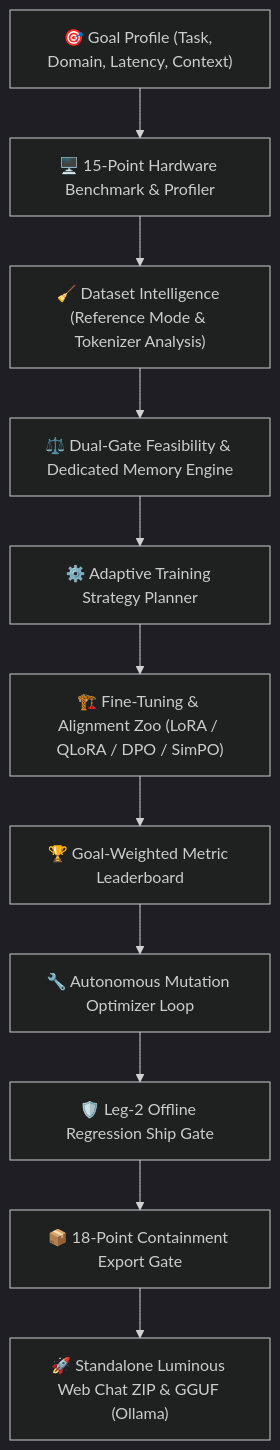
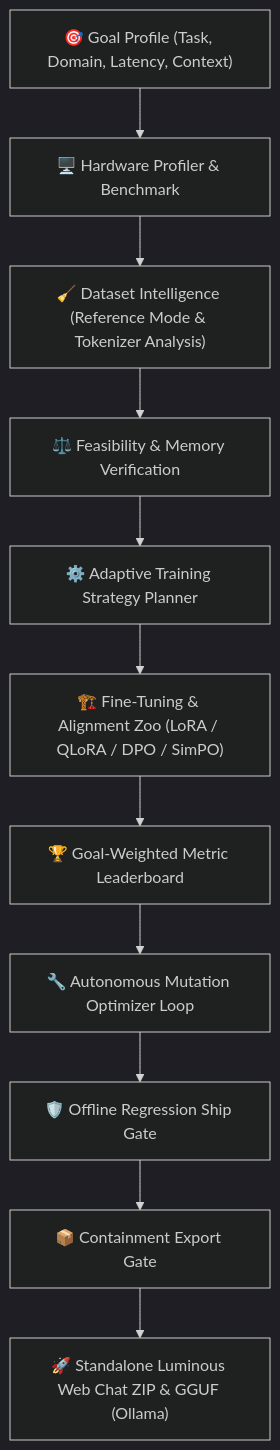
Before and after one commit to kiransai-62/myai-model-builder: the diagram in README.md, drawn with Mermaid (dark theme). The commit also changed other lines of this file and 4 other files, not shown here.

````diff
--- a/README.md
+++ b/README.md
@@ -91,13 +89,13 @@
 ```mermaid
 graph TD
-    A["🎯 Goal Profile (Task, Domain, Latency, Context)"] --> B["🖥️ 15-Point Hardware Benchmark & Profiler"]
+    A["🎯 Goal Profile (Task, Domain, Latency, Context)"] --> B["🖥️ Hardware Profiler & Benchmark"]
     B --> C["🧹 Dataset Intelligence (Reference Mode & Tokenizer Analysis)"]
-    C --> D["⚖️ Dual-Gate Feasibility & Dedicated Memory Engine"]
+    C --> D["⚖️ Feasibility & Memory Verification"]
     D --> E["⚙️ Adaptive Training Strategy Planner"]
     E --> F["🏗️ Fine-Tuning & Alignment Zoo (LoRA / QLoRA / DPO / SimPO)"]
     F --> G["🏆 Goal-Weighted Metric Leaderboard"]
     G --> H["🔧 Autonomous Mutation Optimizer Loop"]
-    H --> I["🛡️ Leg-2 Offline Regression Ship Gate"]
-    I --> J["📦 18-Point Containment Export Gate"]
+    H --> I["🛡️ Offline Regression Ship Gate"]
+    I --> J["📦 Containment Export Gate"]
     J --> K["🚀 Standalone Luminous Web Chat ZIP & GGUF (Ollama)"]
 ```
````
